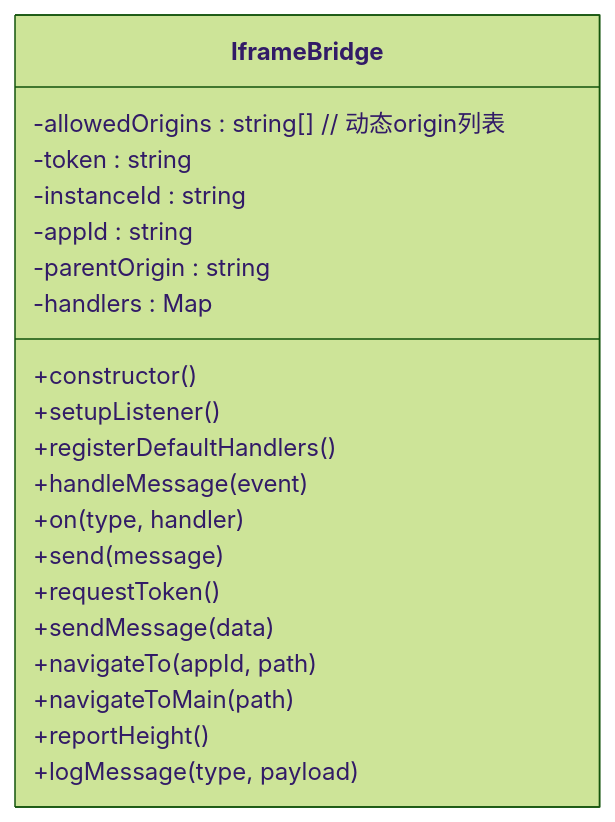
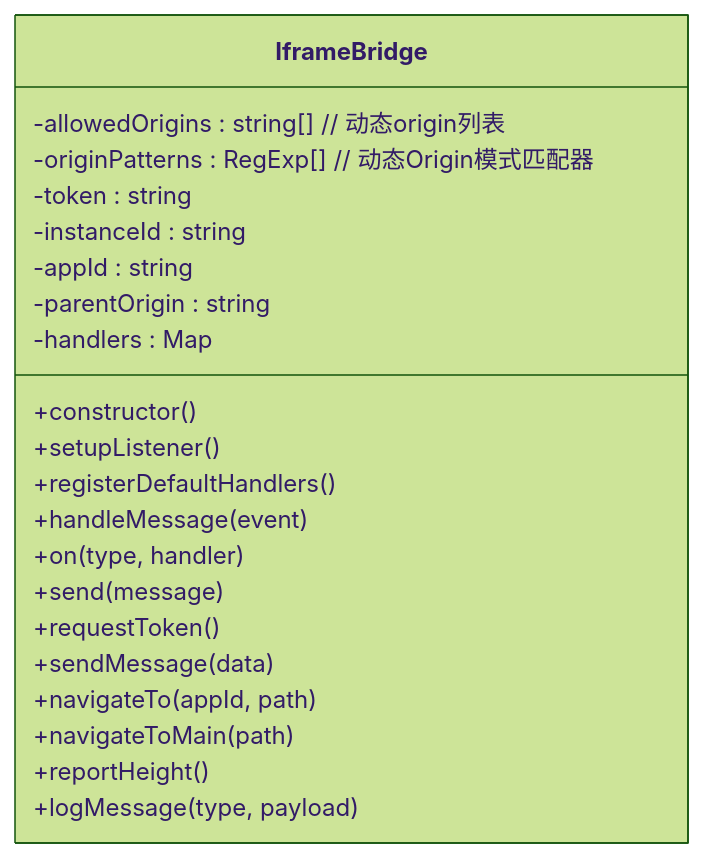
Before and after one commit to my-Sitara/artisan-base-frontend: the fourth of 5 diagrams in .qoder/repowiki/zh/content/核心组件/跨应用通信系统.md, drawn with Mermaid (forest theme). The commit also changed other lines of this file and 25 other files, not shown here.

````diff
--- a/.qoder/repowiki/zh/content/核心组件/跨应用通信系统.md
+++ b/.qoder/repowiki/zh/content/核心组件/跨应用通信系统.md
@@ -184,23 +186,24 @@
 ```mermaid
 classDiagram
 class IframeBridge {
 -allowedOrigins : string[] // 动态origin列表
+-originPatterns : RegExp[] // 动态Origin模式匹配器
 -token : string
 -instanceId : string
 -appId : string
 -parentOrigin : string
 -handlers : Map
 +constructor()
 +setupListener()
 +registerDefaultHandlers()
 +handleMessage(event)
 +on(type, handler)
 +send(message)
 +requestToken()
 +sendMessage(data)
 +navigateTo(appId, path)
 +navigateToMain(path)
 +reportHeight()
 +logMessage(type, payload)
 }
 ```
````
